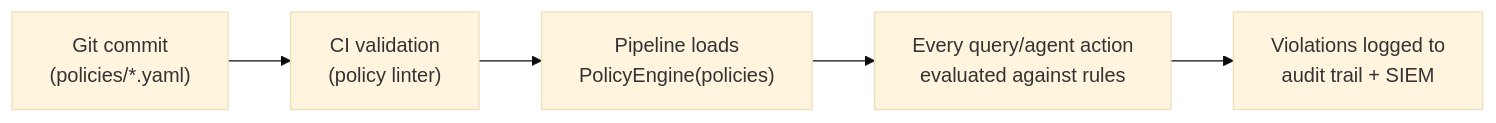
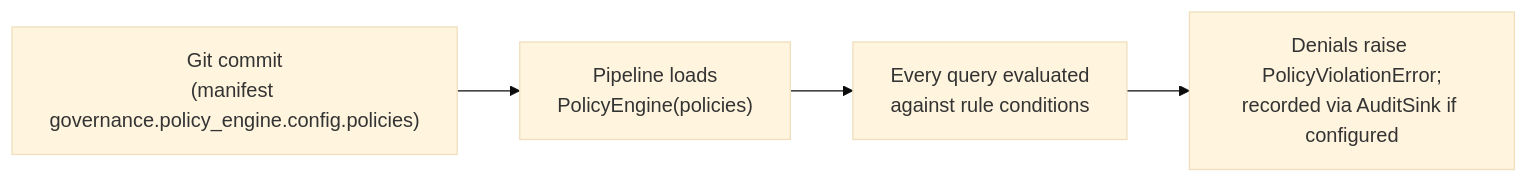
One commit to HerbertGourout/modular-rag-framework changed the second of 3 diagrams in docs/architecture/security.md. Above: the diagram before and after it, drawn with Mermaid. The commit also changed other lines of this file and 42 other files, not shown here.

````diff
--- a/docs/architecture/security.md
+++ b/docs/architecture/security.md
@@ -33,8 +55,7 @@
 ```mermaid
 %%{init: {"theme": "base"}}%%
 flowchart LR
-    Commit["Git commit\n(policies/*.yaml)"] --> CI["CI validation\n(policy linter)"]
-    CI --> Load["Pipeline loads\nPolicyEngine(policies)"]
-    Load --> Eval["Every query/agent action\nevaluated against rules"]
-    Eval --> Log["Violations logged to\naudit trail + SIEM"]
+    Commit["Git commit\n(manifest governance.policy_engine.config.policies)"] --> Load["Pipeline loads\nPolicyEngine(policies)"]
+    Load --> Eval["Every query evaluated\nagainst rule conditions"]
+    Eval --> Log["Denials raise PolicyViolationError;\nrecorded via AuditSink if configured"]
 ```
````
